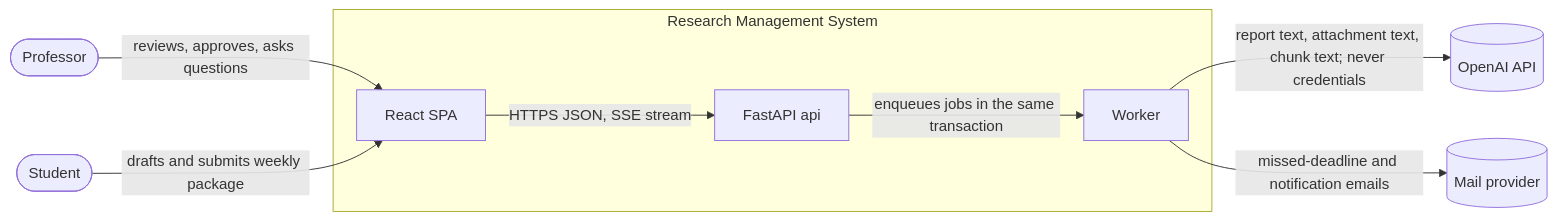
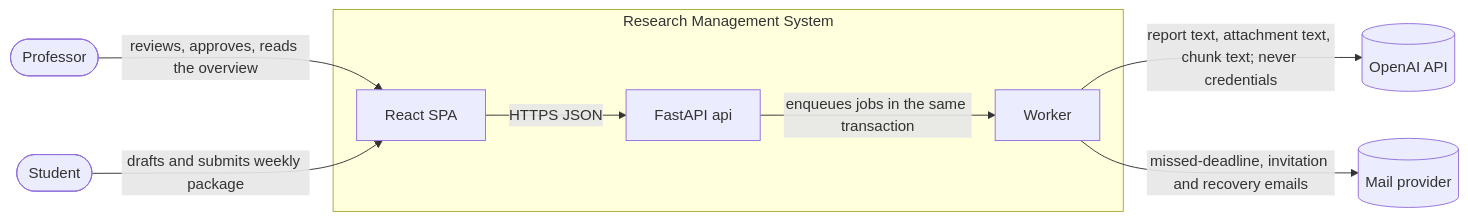
The first of 5 diagrams in docs/architecture.md (thanhtrunghuynh93/research_manager), drawn with Mermaid before and after one commit. The commit also changed other lines of this file and 137 other files, not shown here.

````diff
--- a/docs/architecture.md
+++ b/docs/architecture.md
@@ -23,19 +23,19 @@
 ```mermaid
 flowchart LR
     Prof([Professor])
     Stu([Student])
     subgraph RMS[Research Management System]
         SPA[React SPA]
         API[FastAPI api]
         WRK[Worker]
     end
     OAI[(OpenAI API)]
     MAIL[(Mail provider)]
 
-    Prof -- "reviews, approves, asks questions" --> SPA
+    Prof -- "reviews, approves, reads the overview" --> SPA
     Stu -- "drafts and submits weekly package" --> SPA
-    SPA -- "HTTPS JSON, SSE stream" --> API
+    SPA -- "HTTPS JSON" --> API
     API -- "enqueues jobs in the same transaction" --> WRK
     WRK -- "report text, attachment text, chunk text; never credentials" --> OAI
-    WRK -- "missed-deadline and notification emails" --> MAIL
+    WRK -- "missed-deadline, invitation and recovery emails" --> MAIL
 ```
````
